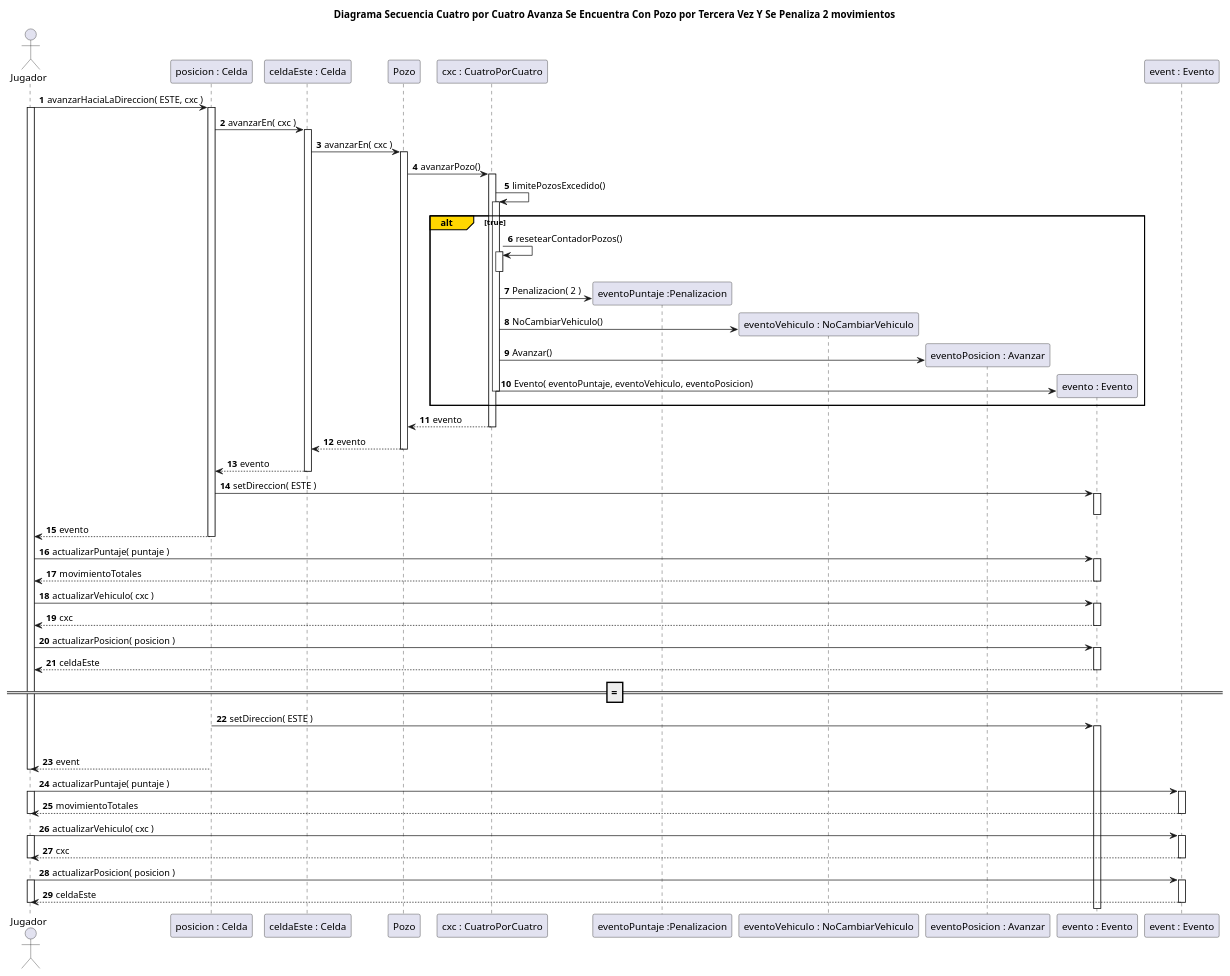
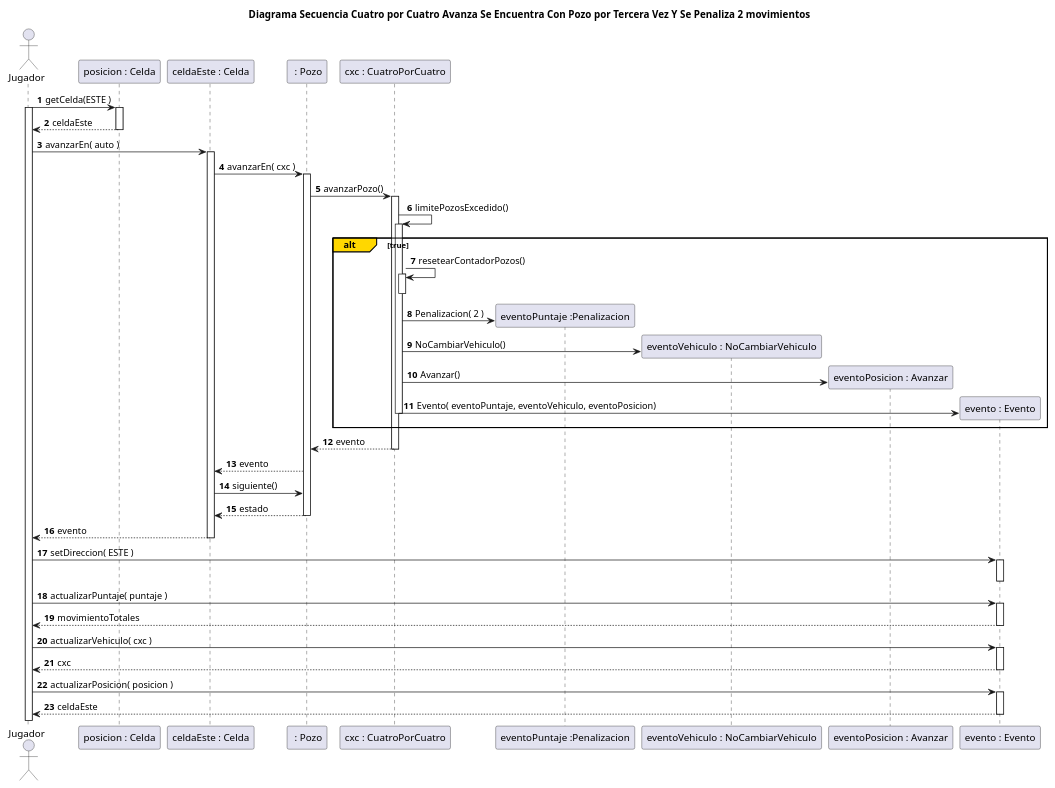
The diagram in diagrams/sequences/entrega1/actualizados/DiagramaSecuenciaCasoConPozo3VecesEnCuatroPorCuatro.puml (rodrigovzq/algo3_tp2), drawn with PlantUML before and after one commit. The commit also changed 6 other files, not shown here.

Commit message:
Actualize diagramas primera entrega

```diff
--- a/diagrams/sequences/entrega1/actualizados/DiagramaSecuenciaCasoConPozo3VecesEnCuatroPorCuatro.puml
+++ b/diagrams/sequences/entrega1/actualizados/DiagramaSecuenciaCasoConPozo3VecesEnCuatroPorCuatro.puml
@@ -1,81 +1,61 @@
 @startuml
 title Diagrama Secuencia Cuatro por Cuatro Avanza Se Encuentra Con Pozo por Tercera Vez Y Se Penaliza 2 movimientos
 
 
 autonumber
 
 actor Jugador
 
-Jugador -> "posicion : Celda"++: avanzarHaciaLaDireccion( ESTE, cxc )
-
+Jugador -> "posicion : Celda"++: getCelda(ESTE )
 activate Jugador
-"posicion : Celda" -> "celdaEste : Celda"++: avanzarEn( cxc )
+"posicion : Celda" --> Jugador: celdaEste
+deactivate "posicion : Celda"
+ Jugador -> "celdaEste : Celda"++: avanzarEn( auto )
 
 
-"celdaEste : Celda" -> Pozo++: avanzarEn( cxc )
-Pozo -> "cxc : CuatroPorCuatro"++: avanzarPozo()
+
+"celdaEste : Celda" -> " : Pozo"++: avanzarEn( cxc )
+" : Pozo" -> "cxc : CuatroPorCuatro"++: avanzarPozo()
 
 "cxc : CuatroPorCuatro" -> "cxc : CuatroPorCuatro"++: limitePozosExcedido()
 
 alt#Gold   true
     "cxc : CuatroPorCuatro" ->"cxc : CuatroPorCuatro"++: resetearContadorPozos()
     deactivate "cxc : CuatroPorCuatro"
     create "eventoPuntaje :Penalizacion"
     "cxc : CuatroPorCuatro"-> "eventoPuntaje :Penalizacion": Penalizacion( 2 )
 
     create "eventoVehiculo : NoCambiarVehiculo"
     "cxc : CuatroPorCuatro"-> "eventoVehiculo : NoCambiarVehiculo": NoCambiarVehiculo()
 
     create "eventoPosicion : Avanzar"
     "cxc : CuatroPorCuatro"-> "eventoPosicion : Avanzar": Avanzar()
 
     create "evento : Evento"
     "cxc : CuatroPorCuatro"  -> "evento : Evento": Evento( eventoPuntaje, eventoVehiculo, eventoPosicion)
 
     deactivate "cxc : CuatroPorCuatro"
 
 end
-    "cxc : CuatroPorCuatro" --> Pozo--: evento
+    "cxc : CuatroPorCuatro" --> " : Pozo"--: evento
 
-Pozo --> "celdaEste : Celda": evento
-deactivate Pozo
+" : Pozo" --> "celdaEste : Celda": evento
+"celdaEste : Celda" -> " : Pozo": siguiente()
+" : Pozo" --> "celdaEste : Celda": estado
+deactivate " : Pozo"
 
-
-"celdaEste : Celda" --> "posicion : Celda": evento
+"celdaEste : Celda" --> Jugador: evento
 deactivate "celdaEste : Celda"
-"posicion : Celda" -> "evento : Evento"++: setDireccion( ESTE )
+Jugador -> "evento : Evento"++: setDireccion( ESTE )
 deactivate "evento : Evento"
-"posicion : Celda" --> Jugador--: evento
-
 
 Jugador -> "evento : Evento"++: actualizarPuntaje( puntaje )
 Jugador <-- "evento : Evento"--: movimientoTotales
 
 Jugador -> "evento : Evento"++: actualizarVehiculo( cxc )
 Jugador <-- "evento : Evento"--: cxc
 
 Jugador -> "evento : Evento"++: actualizarPosicion( posicion )
 Jugador <-- "evento : Evento"--: celdaEste
-=======
-
-"posicion : Celda" -> "evento : Evento"++: setDireccion( ESTE )
-deactivate "event : Evento"
-"posicion : Celda" --> Jugador--: event
-deactivate Jugador
-
-Jugador -> "event : Evento"++: actualizarPuntaje( puntaje )
-activate Jugador
-Jugador <-- "event : Evento"--: movimientoTotales
-deactivate Jugador
-
-Jugador -> "event : Evento"++: actualizarVehiculo( cxc )
-activate Jugador
-Jugador <-- "event : Evento"--: cxc
-deactivate Jugador
-
-Jugador -> "event : Evento"++: actualizarPosicion( posicion )
-activate Jugador
-Jugador <-- "event : Evento"--: celdaEste
-deactivate Jugador
 
 @enduml
```
